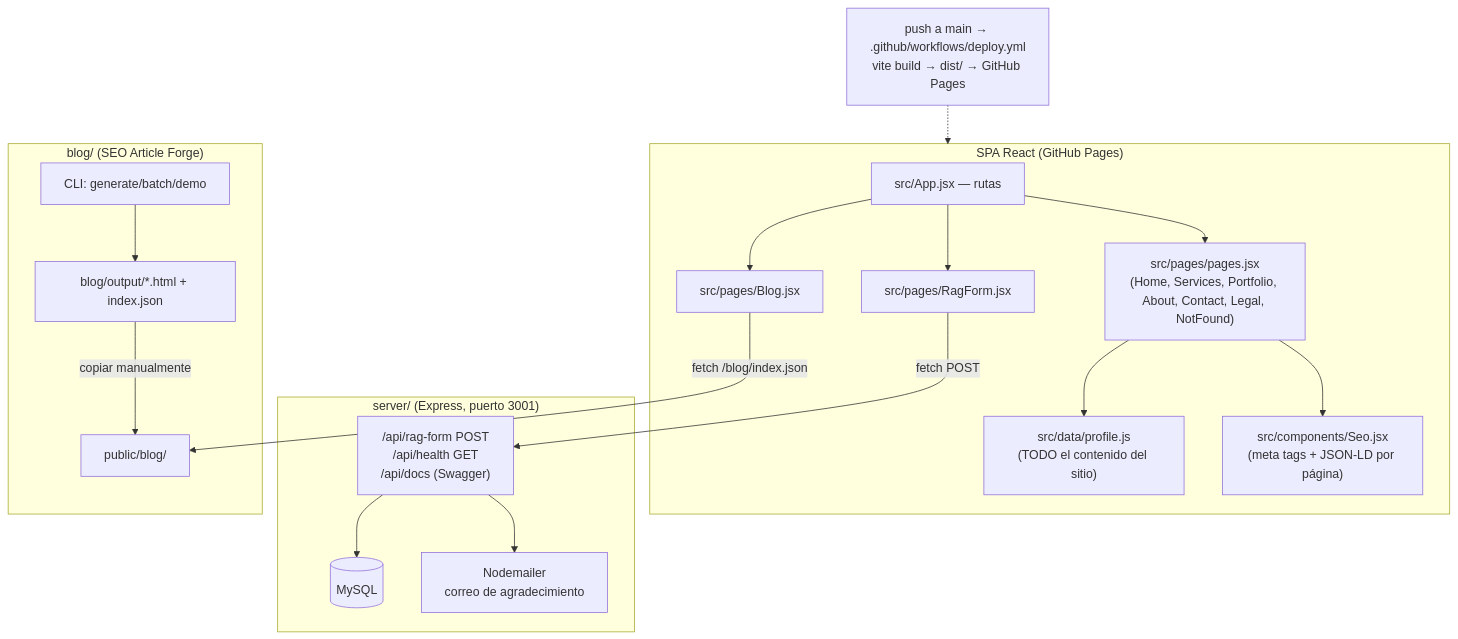
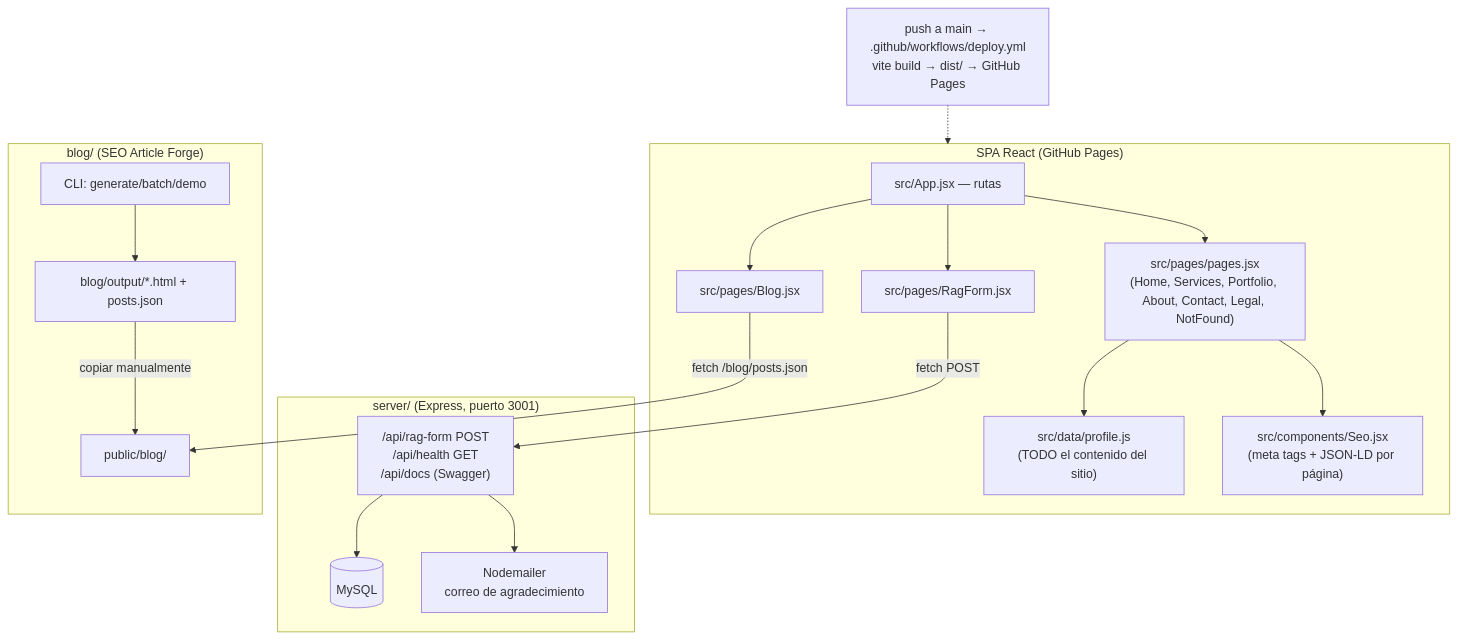
One commit to jesuscriss301/easyprodigital changed the diagram in CLAUDE.md. Above: the diagram before and after it, drawn with Mermaid. The commit also changed other lines of this file and 6 other files, not shown here.

First line of the commit message:
fix: renombrar manifiesto del blog index.json -> posts.json

````diff
--- a/CLAUDE.md
+++ b/CLAUDE.md
@@ -15,25 +15,25 @@
 ```mermaid
 graph TD
     subgraph Frontend["SPA React (GitHub Pages)"]
         App[src/App.jsx — rutas] --> Pages["src/pages/pages.jsx<br/>(Home, Services, Portfolio, About, Contact, Legal, NotFound)"]
         App --> RagForm[src/pages/RagForm.jsx]
         App --> BlogPage[src/pages/Blog.jsx]
         Pages --> Profile["src/data/profile.js<br/>(TODO el contenido del sitio)"]
         Pages --> Seo["src/components/Seo.jsx<br/>(meta tags + JSON-LD por página)"]
     end
 
     subgraph Backend["server/ (Express, puerto 3001)"]
         API["/api/rag-form POST<br/>/api/health GET<br/>/api/docs (Swagger)"] --> MySQL[(MySQL)]
         API --> SMTP[Nodemailer<br/>correo de agradecimiento]
     end
 
     subgraph Blog["blog/ (SEO Article Forge)"]
-        Forge[CLI: generate/batch/demo] --> Output[blog/output/*.html + index.json]
+        Forge[CLI: generate/batch/demo] --> Output[blog/output/*.html + posts.json]
         Output -->|copiar manualmente| PublicBlog[public/blog/]
     end
 
     RagForm -->|fetch POST| API
-    BlogPage -->|"fetch /blog/index.json"| PublicBlog
+    BlogPage -->|"fetch /blog/posts.json"| PublicBlog
 
     Deploy["push a main → .github/workflows/deploy.yml<br/>vite build → dist/ → GitHub Pages"] -.-> Frontend
 ```
````
